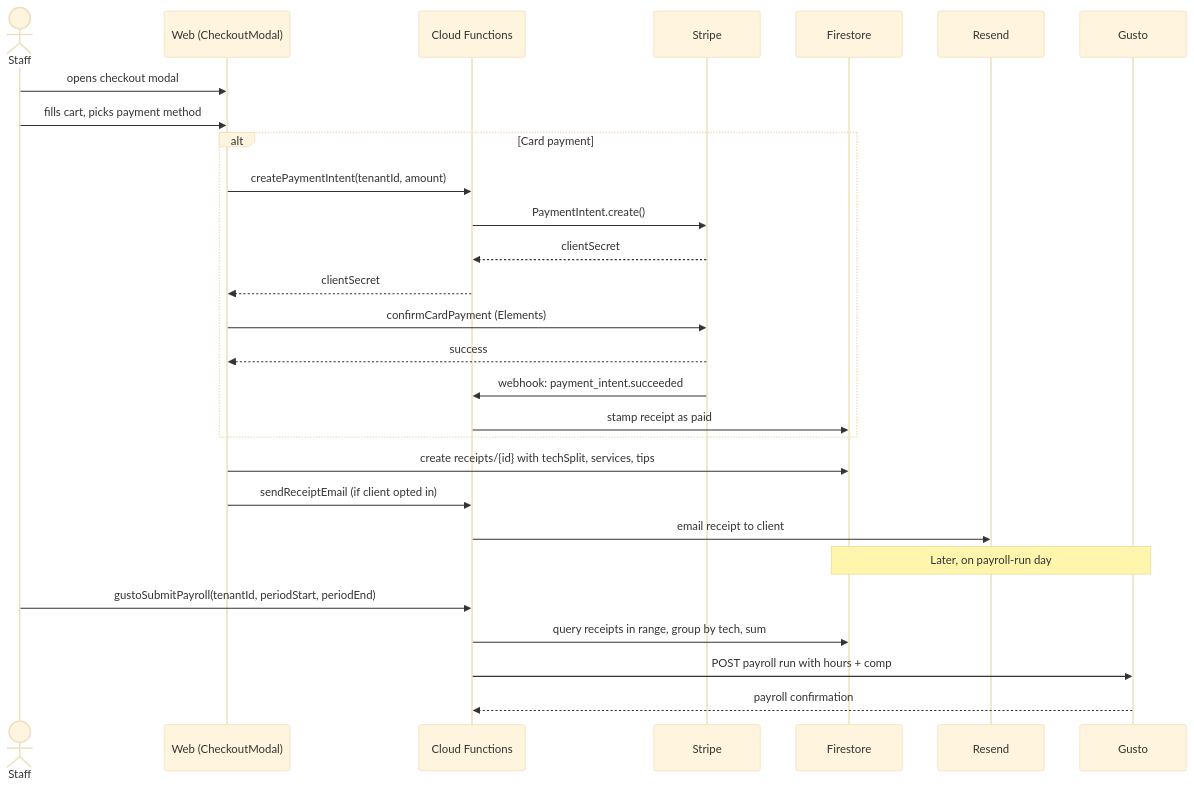
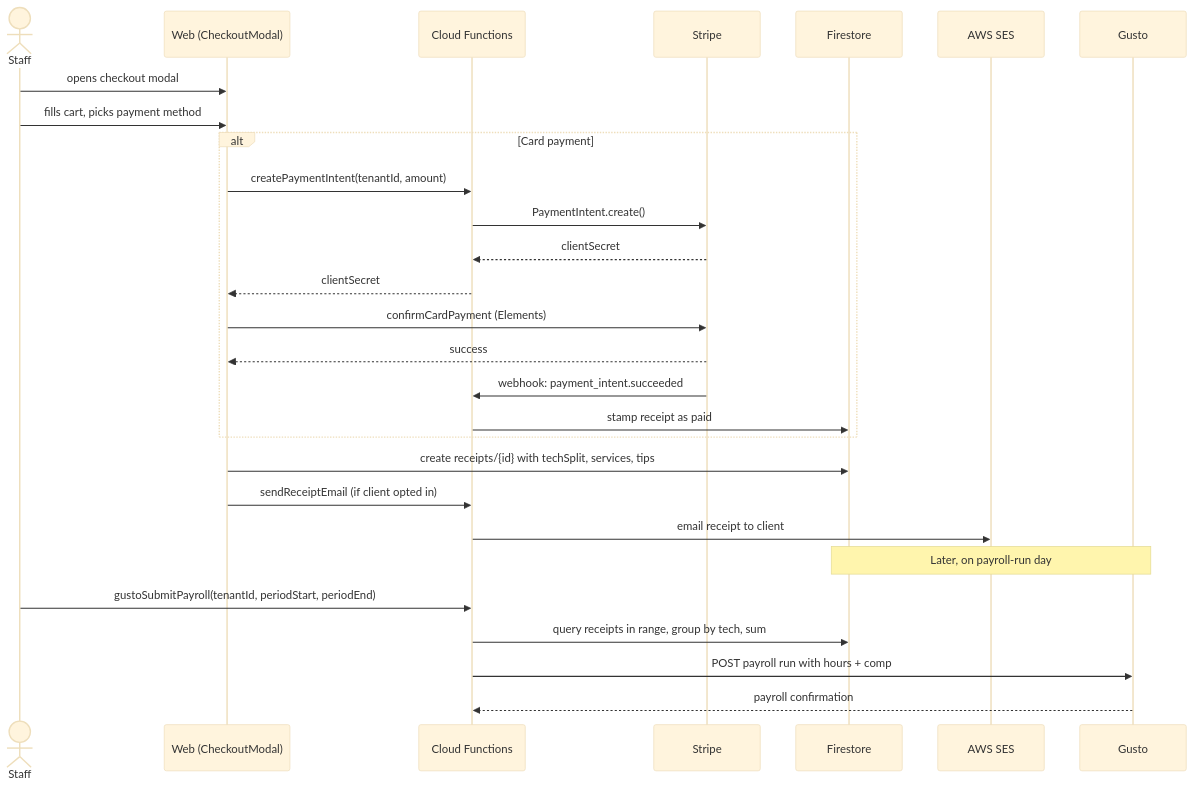
Before and after one commit to vankimj/meraki-salon-manager: the tenth of 12 diagrams in ARCHITECTURE.md, drawn with Mermaid (base theme). The commit also changed other lines of this file and 17 other files, not shown here.

First line of the commit message:
Decommission Resend; SES is the only email provider

````diff
--- a/ARCHITECTURE.md
+++ b/ARCHITECTURE.md
@@ -490,31 +492,31 @@
 ```mermaid
 sequenceDiagram
     actor S as Staff
     participant W as Web (CheckoutModal)
     participant CF as Cloud Functions
     participant Stp as Stripe
     participant FS as Firestore
-    participant R as Resend
+    participant R as AWS SES
     participant G as Gusto
 
     S->>W: opens checkout modal
     S->>W: fills cart, picks payment method
     alt Card payment
         W->>CF: createPaymentIntent(tenantId, amount)
         CF->>Stp: PaymentIntent.create()
         Stp-->>CF: clientSecret
         CF-->>W: clientSecret
         W->>Stp: confirmCardPayment (Elements)
         Stp-->>W: success
         Stp->>CF: webhook: payment_intent.succeeded
         CF->>FS: stamp receipt as paid
     end
     W->>FS: create receipts/{id} with techSplit, services, tips
     W->>CF: sendReceiptEmail (if client opted in)
     CF->>R: email receipt to client
     Note over FS,G: Later, on payroll-run day
     S->>CF: gustoSubmitPayroll(tenantId, periodStart, periodEnd)
     CF->>FS: query receipts in range, group by tech, sum
     CF->>G: POST payroll run with hours + comp
     G-->>CF: payroll confirmation
 ```
````
